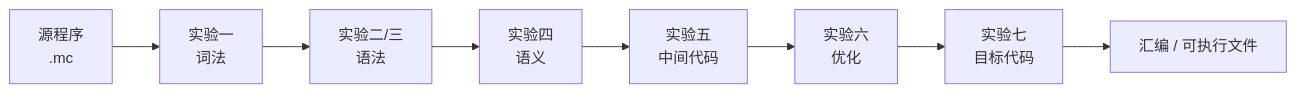
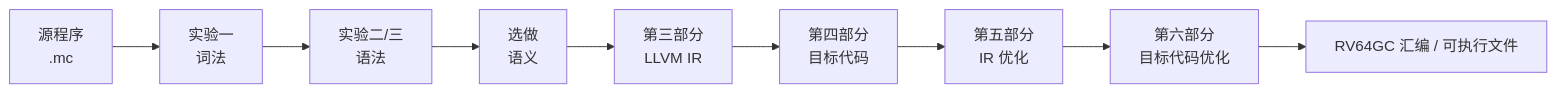
The first of 3 diagrams in docs/labs/capstone.md (lightsmilew/compiler-principles), drawn with Mermaid before and after one commit. The commit also changed other lines of this file and 24 other files, not shown here.

````diff
--- a/docs/labs/capstone.md
+++ b/docs/labs/capstone.md
@@ -15,10 +15,11 @@
 ```mermaid
 flowchart LR
   SRC["源程序<br/>.mc"] --> L1[实验一<br/>词法]
   L1 --> L2[实验二/三<br/>语法]
-  L2 --> L4[实验四<br/>语义]
-  L4 --> L5[实验五<br/>中间代码]
-  L5 --> L6[实验六<br/>优化]
-  L6 --> L7[实验七<br/>目标代码]
-  L7 --> BIN["汇编 / 可执行文件"]
+  L2 --> L4[选做<br/>语义]
+  L4 --> L5[第三部分<br/>LLVM IR]
+  L5 --> L6[第四部分<br/>目标代码]
+  L6 --> L7[第五部分<br/>IR 优化]
+  L7 --> L8[第六部分<br/>目标代码优化]
+  L8 --> BIN["RV64GC 汇编 / 可执行文件"]
 ```
````
